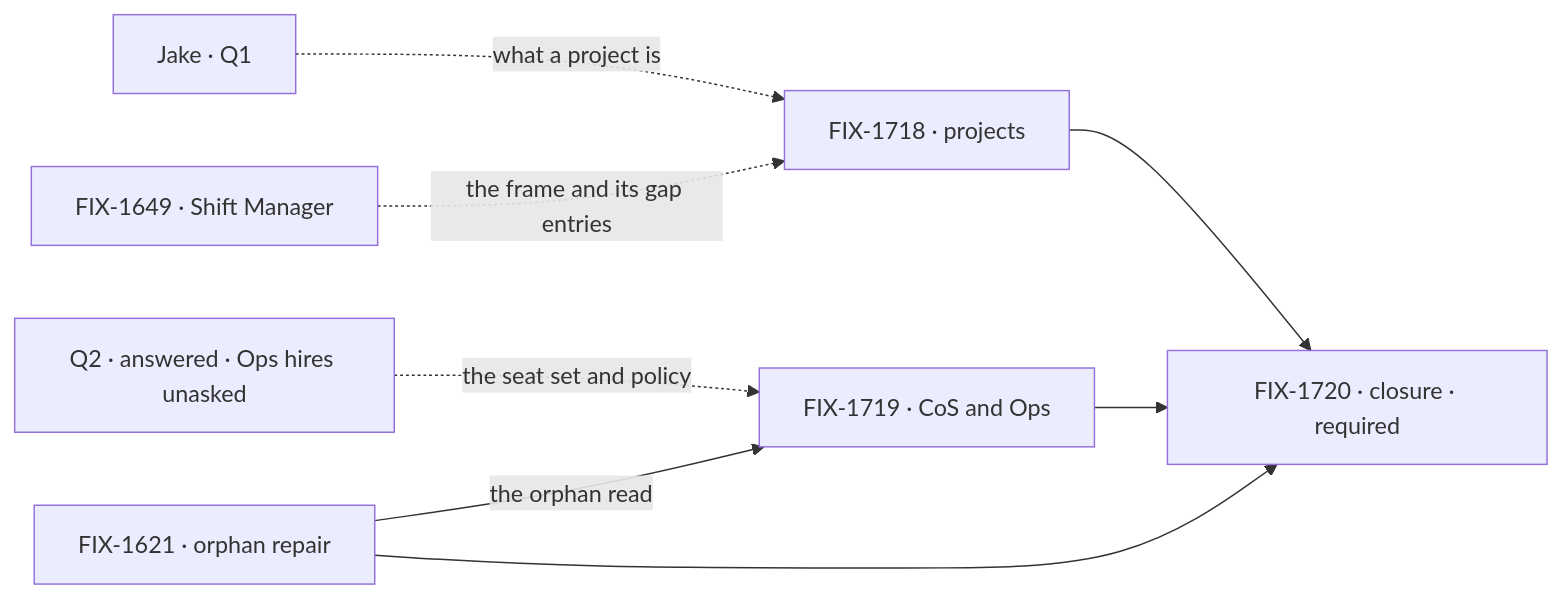
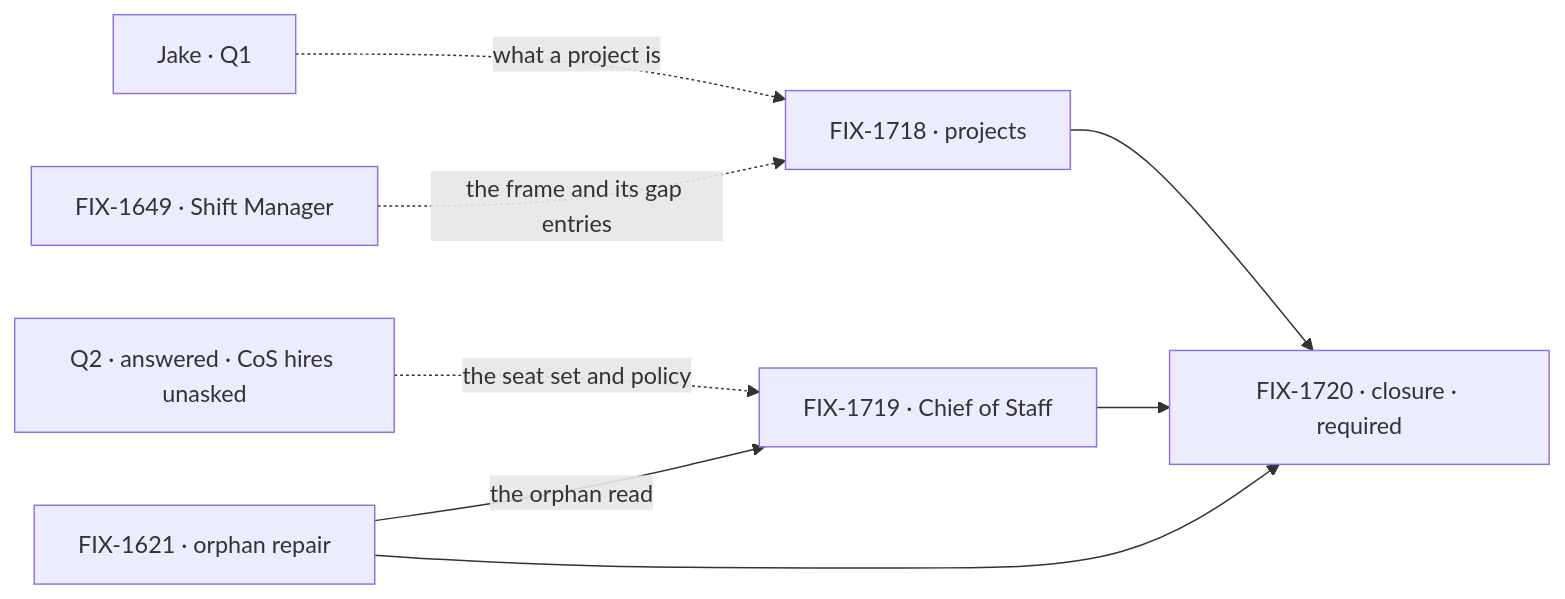
The second of 2 diagrams in specs/epics/FIX-1650/SPEC.md (fixpoint-labs/flow-state-dev), drawn with Mermaid before and after one commit. The commit also changed other lines of this file and 11 other files, not shown here.

````diff
--- a/specs/epics/FIX-1650/SPEC.md
+++ b/specs/epics/FIX-1650/SPEC.md
@@ -81,10 +81,10 @@
 ```mermaid
 flowchart LR
   Q["Jake · Q1"] -.->|"what a project is"| A["FIX-1718 · projects"]
-  Q2["Q2 · answered · Ops hires unasked"] -.->|"the seat set and policy"| B["FIX-1719 · CoS and Ops"]
+  Q2["Q2 · answered · CoS hires unasked"] -.->|"the seat set and policy"| B["FIX-1719 · Chief of Staff"]
   R["FIX-1621 · orphan repair"] -->|"the orphan read"| B
   A --> Z["FIX-1720 · closure · required"]
   R --> Z
   B --> Z
   S["FIX-1649 · Shift Manager"] -.->|"the frame and its gap entries"| A
 ```
````
